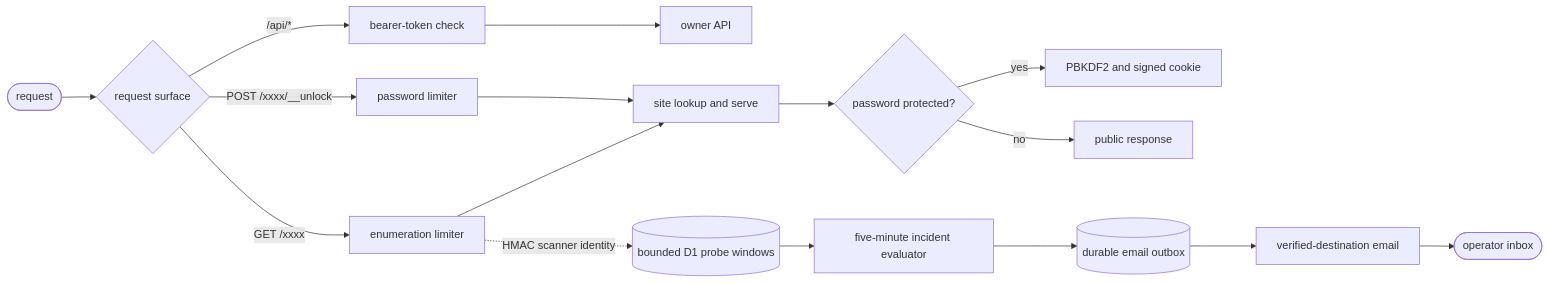
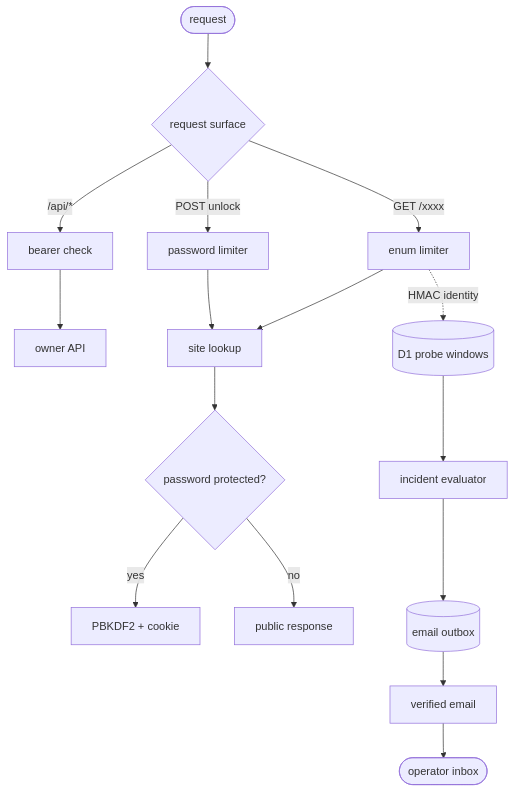
Before and after one commit to FelineStateMachine/nzip: the diagram in SECURITY.md, drawn with Mermaid. The commit also changed 1 other file, not shown here.

Commit message:
docs: compact Mermaid diagrams
Use vertical, acyclic flows with shorter labels and split notification pairing from delivery so diagrams render with larger text.

````diff
--- a/SECURITY.md
+++ b/SECURITY.md
@@ -45,18 +45,18 @@
 ```mermaid
-flowchart LR
+flowchart TB
     REQ(["request"]) --> SURFACE{"request surface"}
-    SURFACE -- "/api/*" --> TOKEN["bearer-token check"]
-    SURFACE -- "GET /xxxx" --> ENUM["enumeration limiter"]
-    SURFACE -- "POST /xxxx/__unlock" --> UNLOCK["password limiter"]
+    SURFACE -- "/api/*" --> TOKEN["bearer check"]
+    SURFACE -- "GET /xxxx" --> ENUM["enum limiter"]
+    SURFACE -- "POST unlock" --> UNLOCK["password limiter"]
     TOKEN --> API["owner API"]
-    ENUM --> SERVE["site lookup and serve"]
+    ENUM --> SERVE["site lookup"]
     UNLOCK --> SERVE
     SERVE --> GATE{"password protected?"}
-    GATE -- "yes" --> COOKIE["PBKDF2 and signed cookie"]
+    GATE -- "yes" --> COOKIE["PBKDF2 + cookie"]
     GATE -- "no" --> PUBLIC["public response"]
-    ENUM -. "HMAC scanner identity" .-> PROBES[("bounded D1 probe windows")]
-    PROBES --> EVAL["five-minute incident evaluator"]
-    EVAL --> OUTBOX[("durable email outbox")]
-    OUTBOX --> EMAIL["verified-destination email"]
+    ENUM -. "HMAC identity" .-> PROBES[("D1 probe windows")]
+    PROBES --> EVAL["incident evaluator"]
+    EVAL --> OUTBOX[("email outbox")]
+    OUTBOX --> EMAIL["verified email"]
     EMAIL --> INBOX(["operator inbox"])
 ```
````
